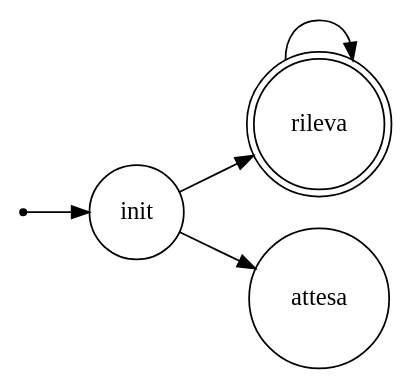
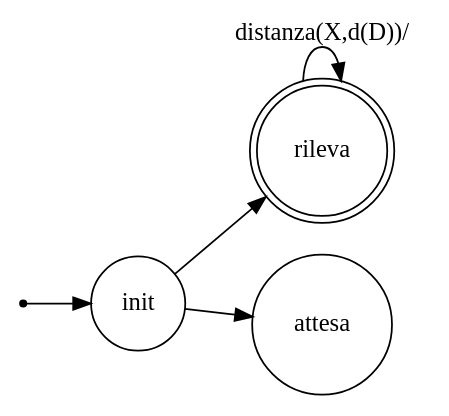
One commit to sabbio93/QRobotEvitaMuri changed the diagram in Model0/srcMore/it/unibo/sonarb/dotFsm.gv. Above: the diagram before and after it, drawn with Graphviz. The commit also changed 10 other files, not shown here.

```diff
--- a/Model0/srcMore/it/unibo/sonarb/dotFsm.gv
+++ b/Model0/srcMore/it/unibo/sonarb/dotFsm.gv
@@ -1,23 +1,23 @@
 /*
 *
 * A GraphViz DOT FSM description 
 * Please use a GraphViz visualizer (like http://www.webgraphviz.com)
 * 
 * Generated by AM,NC,RM
 *  
 */
  
 digraph finite_state_machine {
   	rankdir=LR;
   	size="8,5"
   	node [shape = point]; iniziale;
   	node [shape = doublecircle]; rileva; 
   	node [shape = circle];
   	iniziale -> init [label = ""];
   	
   	
   	init -> attesa [ label = ""];
   	init -> rileva [ label = ""];
   	
-  	rileva -> rileva [ label = ""];
+  	rileva -> rileva [ label = "distanza(X,d(D))/"];
 }
```
